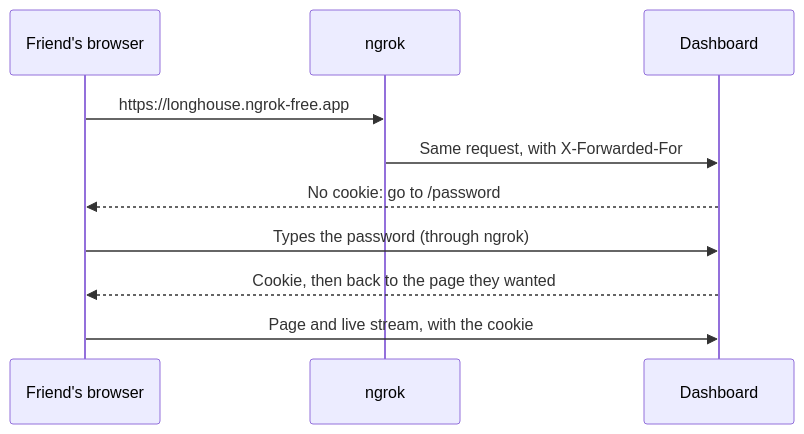
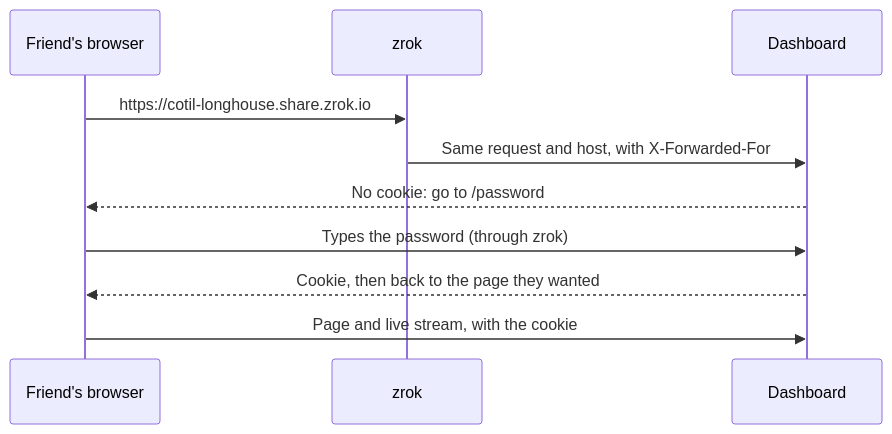
The seventh of 17 diagrams in docs/architecture.md (cristiadu/valheim-dashboard), drawn with Mermaid before and after one commit. The commit also changed other lines of this file and 6 other files, not shown here.

Commit message:
Share the dashboard through zrok and remove ngrok (#73)

````diff
--- a/docs/architecture.md
+++ b/docs/architecture.md
@@ -124,12 +126,12 @@
 ```mermaid
 sequenceDiagram
   participant F as Friend's browser
-  participant N as ngrok
+  participant Z as zrok
   participant D as Dashboard
-  F->>N: https://longhouse.ngrok-free.app
-  N->>D: Same request, with X-Forwarded-For
+  F->>Z: https://cotil-longhouse.share.zrok.io
+  Z->>D: Same request and host, with X-Forwarded-For
   D-->>F: No cookie: go to /password
-  F->>D: Types the password (through ngrok)
+  F->>D: Types the password (through zrok)
   D-->>F: Cookie, then back to the page they wanted
   F->>D: Page and live stream, with the cookie
 ```
````
